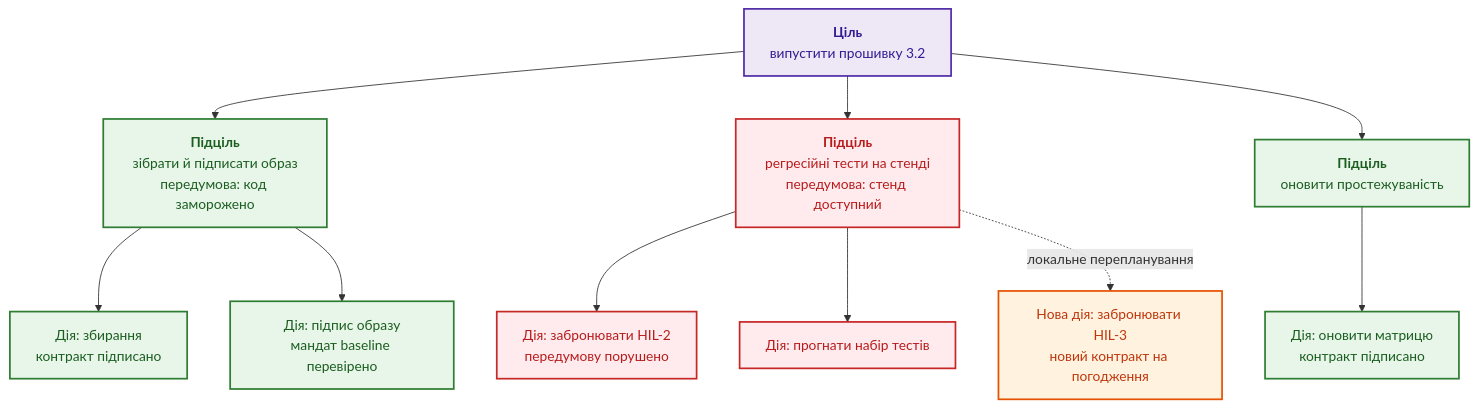
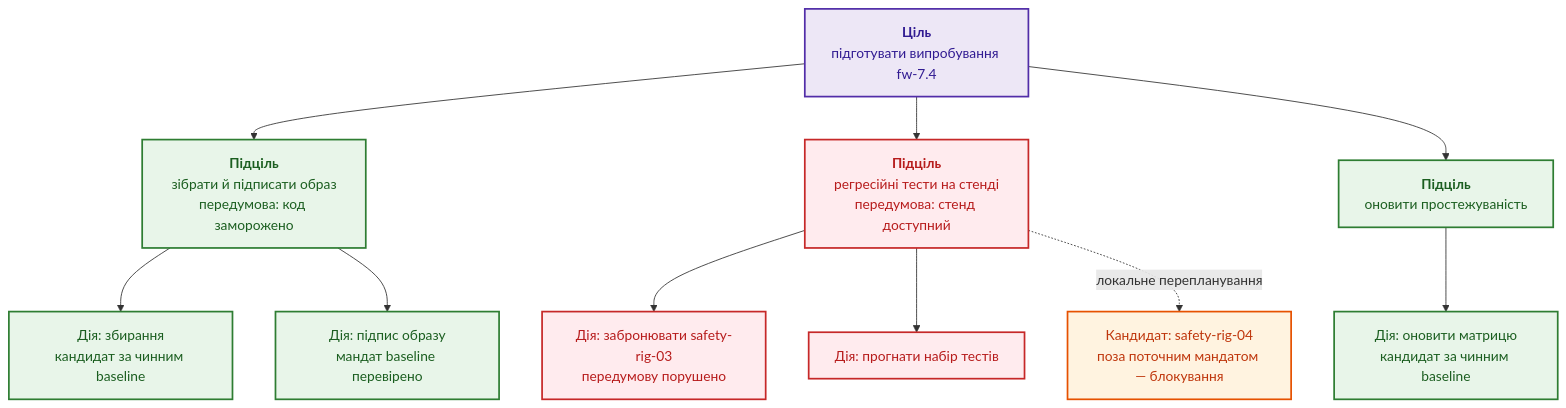
The third of 6 diagrams in ExpertSystem/ch21-from-recommendation-to-action.md (nick-fedchik/articles), drawn with Mermaid before and after one commit. The commit also changed other lines of this file and 8 other files, not shown here.

````diff
--- a/ExpertSystem/ch21-from-recommendation-to-action.md
+++ b/ExpertSystem/ch21-from-recommendation-to-action.md
@@ -305,25 +388,25 @@
 ```mermaid
 flowchart TD
     accTitle: Дерево цілей із локальним переплануванням
     accDescr: Ціль випуску прошивки розкладено на три підцілі; після втрати стенда перебудовують піддерево тестування. Незмінні baseline-специфікації можуть зберігатися, але кожна конкретна дія потребує повторної машинної авторизації за поточним контекстом.
 
-    G["<b>Ціль</b><br/>випустити прошивку 3.2"] --> S1["<b>Підціль</b><br/>зібрати й підписати образ<br/>передумова: код заморожено"]
+    G["<b>Ціль</b><br/>підготувати випробування fw-7.4"] --> S1["<b>Підціль</b><br/>зібрати й підписати образ<br/>передумова: код заморожено"]
     G --> S2["<b>Підціль</b><br/>регресійні тести на стенді<br/>передумова: стенд доступний"]
     G --> S3["<b>Підціль</b><br/>оновити простежуваність"]
-    S1 --> A1["Дія: збирання<br/>контракт підписано"]
+    S1 --> A1["Дія: збирання<br/>кандидат за чинним baseline"]
     S1 --> A2["Дія: підпис образу<br/>мандат baseline перевірено"]
-    S2 --> A3["Дія: забронювати HIL-2<br/>передумову порушено"]
+    S2 --> A3["Дія: забронювати safety-rig-03<br/>передумову порушено"]
     S2 --> A4["Дія: прогнати набір тестів"]
-    S3 --> A5["Дія: оновити матрицю<br/>контракт підписано"]
-    S2 -.->|"локальне перепланування"| A6["Нова дія: забронювати HIL-3<br/>новий контракт на погодження"]
+    S3 --> A5["Дія: оновити матрицю<br/>кандидат за чинним baseline"]
+    S2 -.->|"локальне перепланування"| A6["Кандидат: safety-rig-04<br/>поза поточним мандатом — блокування"]
 
     classDef goal fill:#ede7f6,stroke:#512da8,stroke-width:2px,color:#311b92;
     classDef keep fill:#e8f5e9,stroke:#2e7d32,stroke-width:2px,color:#1b5e20;
     classDef broken fill:#ffebee,stroke:#c62828,stroke-width:2px,color:#b71c1c;
     classDef fresh fill:#fff3e0,stroke:#e65100,stroke-width:2px,color:#bf360c;
 
     class G goal;
     class S1,S3,A1,A2,A5 keep;
     class S2,A3,A4 broken;
     class A6 fresh;
 ```
````
